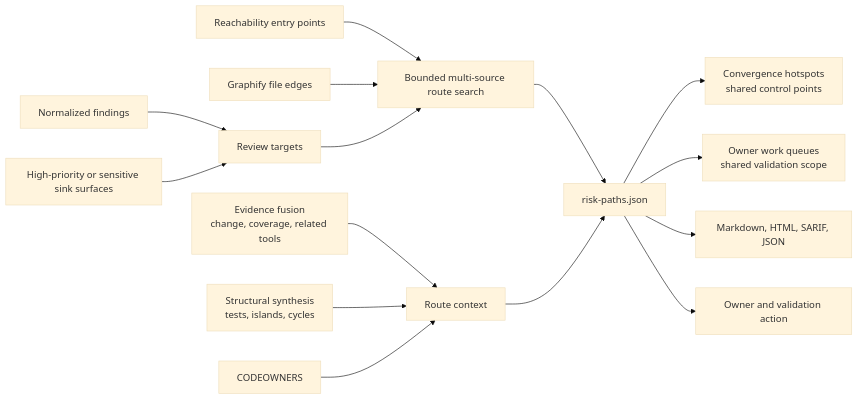
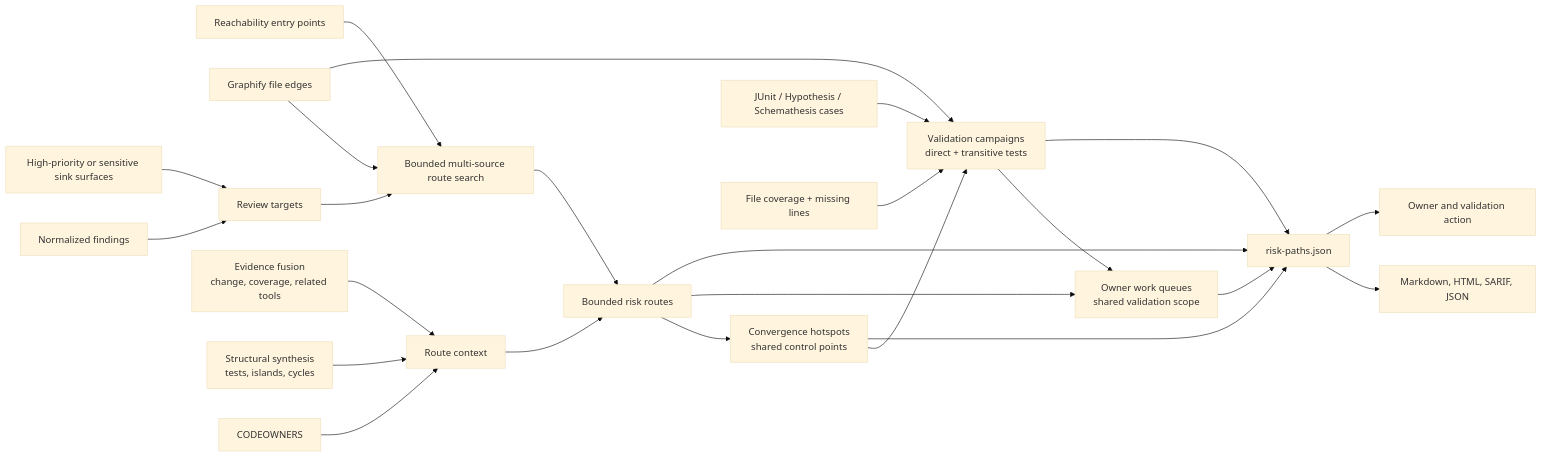
One commit to willtran87/project-py-security-suite changed the diagram in docs/risk-paths.md. Above: the diagram before and after it, drawn with Mermaid (base theme). The commit also changed other lines of this file and 18 other files, not shown here.

Commit message:
Bind validation campaigns to source evidence

````diff
--- a/docs/risk-paths.md
+++ b/docs/risk-paths.md
@@ -18,17 +18,26 @@
 ```mermaid
 flowchart LR
     Entry["Reachability entry points"] --> Route["Bounded multi-source route search"]
     Graph["Graphify file edges"] --> Route
     Finding["Normalized findings"] --> Target["Review targets"]
     Sink["High-priority or sensitive sink surfaces"] --> Target
     Target --> Route
     Fusion["Evidence fusion<br/>change, coverage, related tools"] --> Context["Route context"]
     Structure["Structural synthesis<br/>tests, islands, cycles"] --> Context
     Owners["CODEOWNERS"] --> Context
-    Route --> Result["risk-paths.json"]
-    Context --> Result
-    Result --> Converge["Convergence hotspots<br/>shared control points"]
-    Result --> Queues["Owner work queues<br/>shared validation scope"]
+    Route --> Routed["Bounded risk routes"]
+    Context --> Routed
+    Routed --> Converge["Convergence hotspots<br/>shared control points"]
+    Graph --> Campaign["Validation campaigns<br/>direct + transitive tests"]
+    Converge --> Campaign
+    Tests["JUnit / Hypothesis / Schemathesis cases"] --> Campaign
+    Coverage["File coverage + missing lines"] --> Campaign
+    Routed --> Queues["Owner work queues<br/>shared validation scope"]
+    Campaign --> Queues
+    Routed --> Result["risk-paths.json"]
+    Converge --> Result
+    Campaign --> Result
+    Queues --> Result
     Result --> Reports["Markdown, HTML, SARIF, JSON"]
     Result --> Closure["Owner and validation action"]
 ```
````
